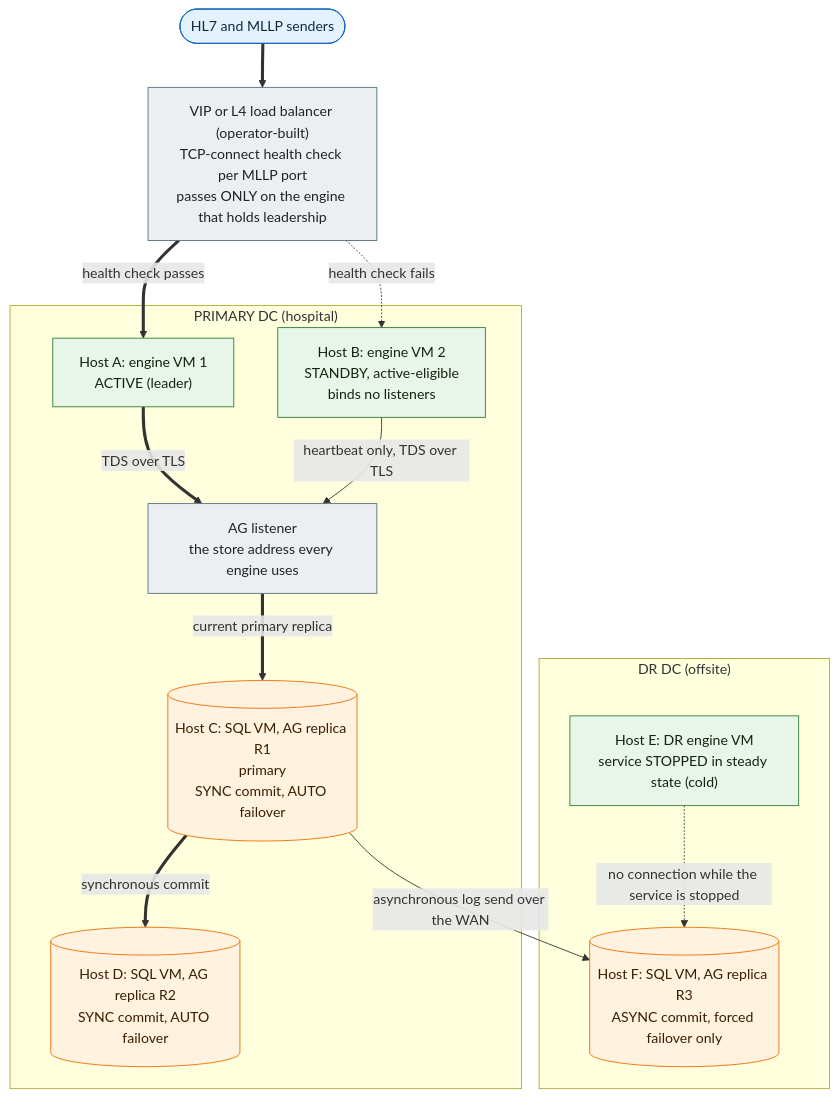
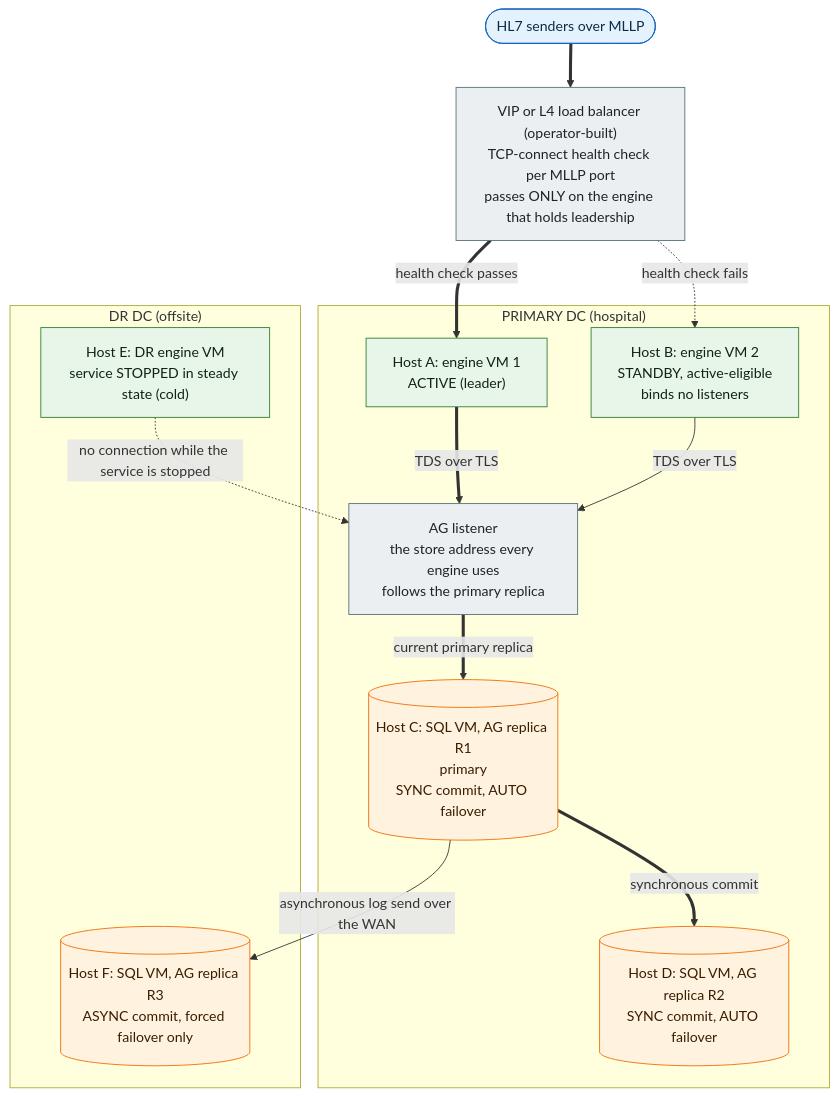
Before and after one commit to MEFORORG/MessageFoundry: the diagram in docs/AOAG-DEPLOYMENT.md, drawn with Mermaid. The commit also changed other lines of this file and 2 other files, not shown here.

Commit message:
docs: apply code-review round 2 to the HA and engine shard diagrams
AOAG: the DR engine edge points at the AG listener again, the listener label says it follows the primary replica, and the standby edge drops its 'only' claim. CLUSTERING: the primary now shows delivery to downstream receivers. MENTAL-MODEL: one long sentence split, and the pointer to the measurement paragraph says what that paragraph holds.

Not reviewed again: two rounds is the cap.

Proposed PR title: docs: Mermaid diagrams for high availability and engine shards
Proposed ledger banner: SHIPPED - high availability diagrams and engine shard diagram drawn in Mermaid in CLUSTERING.md, AOAG-DEPLOYMENT.md and MENTAL-MODEL.md

````diff
--- a/docs/AOAG-DEPLOYMENT.md
+++ b/docs/AOAG-DEPLOYMENT.md
@@ -57,33 +57,33 @@
 ```mermaid
 flowchart TB
   classDef io fill:#e3f2fd,stroke:#1565c0,color:#0d2b45;
   classDef ext fill:#eceff1,stroke:#546e7a,color:#1c2429;
   classDef core fill:#e8f5e9,stroke:#2e7d32,color:#10240f;
   classDef store fill:#fff3e0,stroke:#ef6c00,color:#3a1d00;
 
-  HL7_SENDERS(["HL7 and MLLP senders"]):::io
+  HL7_SENDERS(["HL7 senders over MLLP"]):::io
   L4_LB["VIP or L4 load balancer (operator-built)<br/>TCP-connect health check per MLLP port<br/>passes ONLY on the engine that holds leadership"]:::ext
 
   subgraph PRIMARY_DC["PRIMARY DC (hospital)"]
     ENGINE_1["Host A: engine VM 1<br/>ACTIVE (leader)"]:::core
     ENGINE_2["Host B: engine VM 2<br/>STANDBY, active-eligible<br/>binds no listeners"]:::core
-    AG_LISTENER["AG listener<br/>the store address every engine uses"]:::ext
+    AG_LISTENER["AG listener<br/>the store address every engine uses<br/>follows the primary replica"]:::ext
     AG_R1[("Host C: SQL VM, AG replica R1<br/>primary<br/>SYNC commit, AUTO failover")]:::store
     AG_R2[("Host D: SQL VM, AG replica R2<br/>SYNC commit, AUTO failover")]:::store
   end
 
   subgraph DR_DC["DR DC (offsite)"]
     ENGINE_DR["Host E: DR engine VM<br/>service STOPPED in steady state (cold)"]:::core
     AG_R3[("Host F: SQL VM, AG replica R3<br/>ASYNC commit, forced failover only")]:::store
   end
 
   HL7_SENDERS ==> L4_LB
   L4_LB ==>|"health check passes"| ENGINE_1
   L4_LB -.->|"health check fails"| ENGINE_2
   ENGINE_1 ==>|"TDS over TLS"| AG_LISTENER
-  ENGINE_2 -->|"heartbeat only, TDS over TLS"| AG_LISTENER
+  ENGINE_2 -->|"TDS over TLS"| AG_LISTENER
+  ENGINE_DR -.->|"no connection while the service is stopped"| AG_LISTENER
   AG_LISTENER ==>|"current primary replica"| AG_R1
   AG_R1 ==>|"synchronous commit"| AG_R2
   AG_R1 -->|"asynchronous log send over the WAN"| AG_R3
-  ENGINE_DR -.->|"no connection while the service is stopped"| AG_R3
 ```
````
